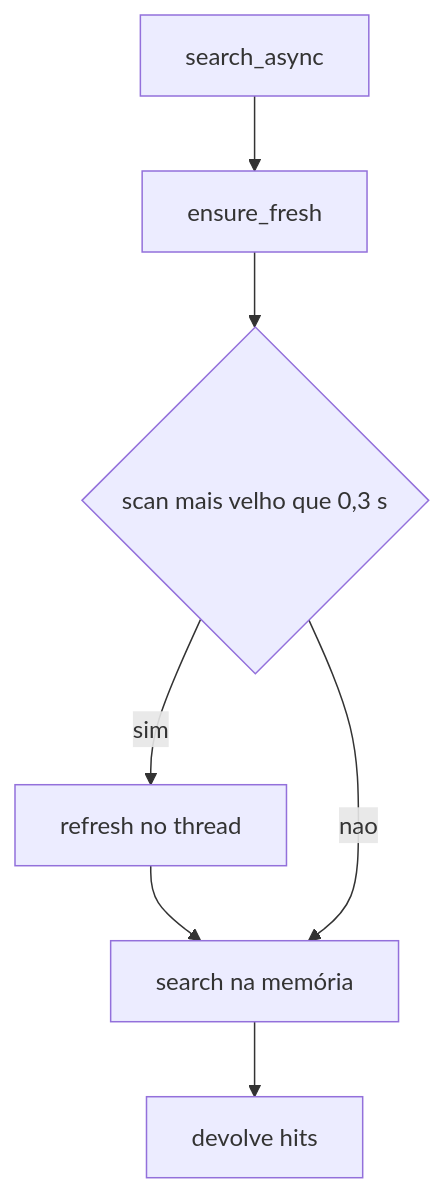
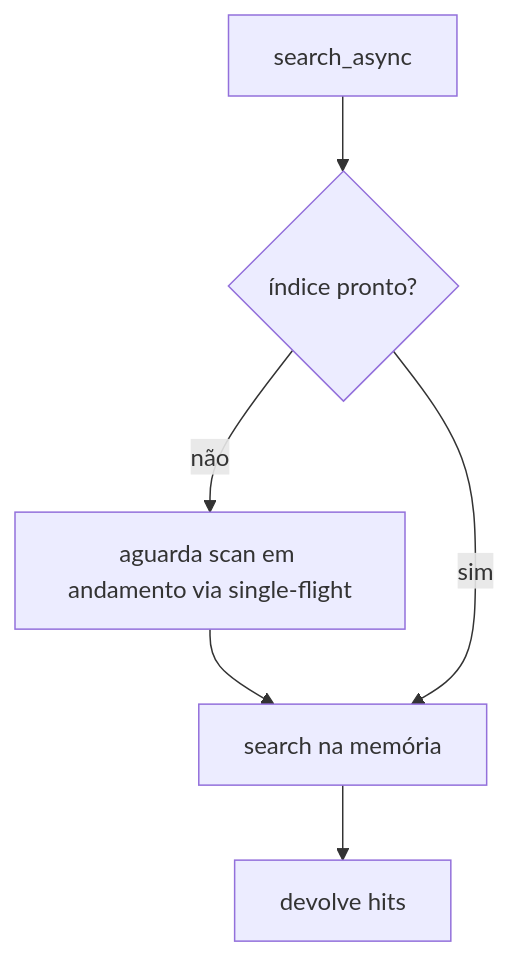
Before and after one commit to nicolasmmb/b3code: the fourth of 5 diagrams in README.md, drawn with Mermaid. The commit also changed other lines of this file and 8 other files, not shown here.

First line of the commit message:
fix(@): autocomplete em repos grandes — sem re-scan por tecla, fuzzy com gate e fallback

````diff
--- a/README.md
+++ b/README.md
@@ -413,16 +424,14 @@
 ```mermaid
 flowchart TD
   start[search_async]
-  fresh[ensure_fresh]
-  old{scan mais velho que 0,3 s}
-  walk[refresh no thread]
+  ready{índice pronto?}
+  gate[aguarda scan em andamento via single-flight]
   rank[search na memória]
   out[devolve hits]
 
-  start --> fresh
-  fresh --> old
-  old -->|sim| walk
-  walk --> rank
-  old -->|nao| rank
+  start --> ready
+  ready -->|não| gate
+  gate --> rank
+  ready -->|sim| rank
   rank --> out
 ```
````
